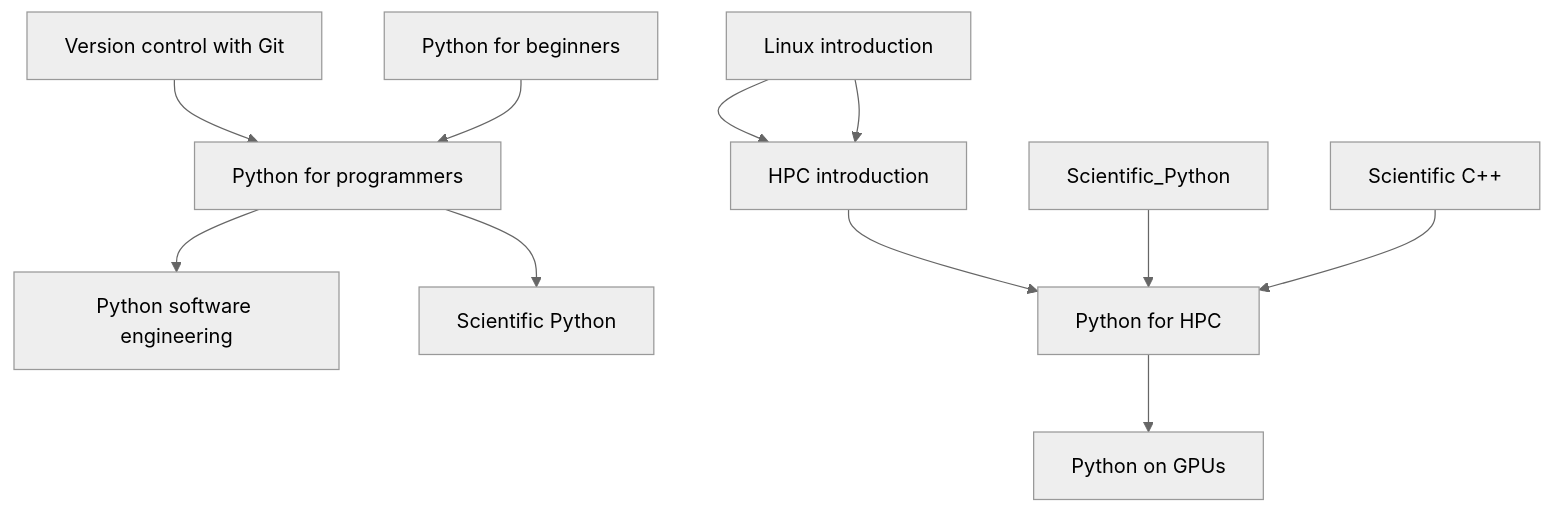
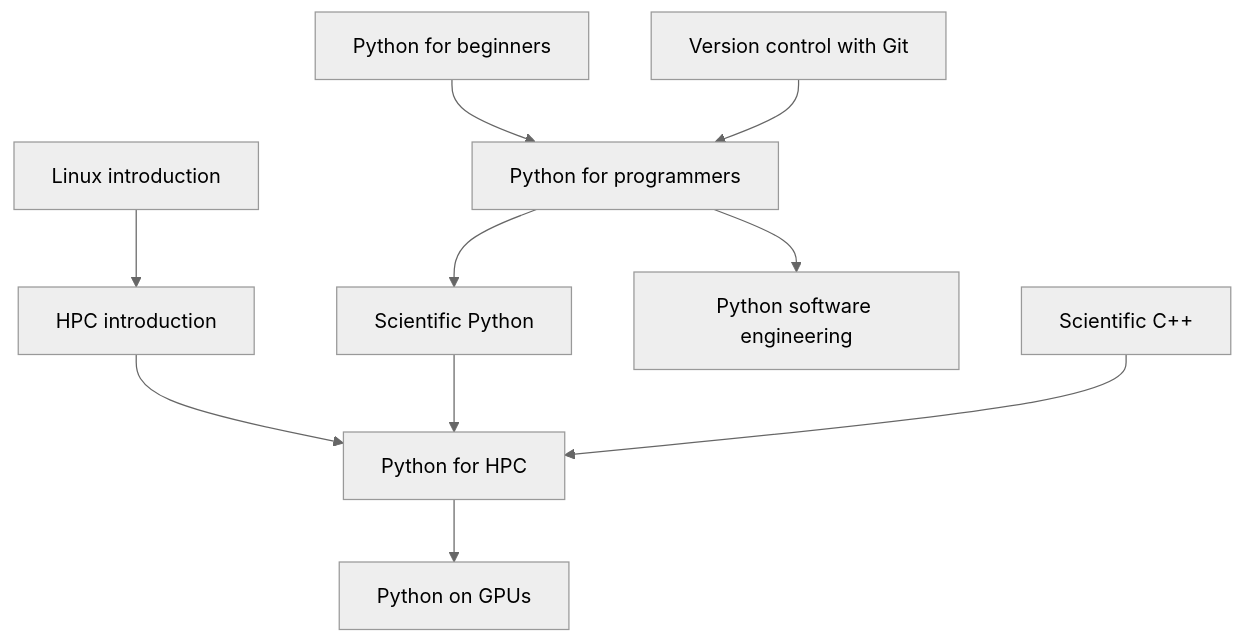
Before and after one commit to gjbex/Training-sessions: the diagram in docs/learning_path_developing_python_hpc_applications.md, drawn with Mermaid (neutral theme).

Commit message:
Fix links between trainings

````diff
--- a/docs/learning_path_developing_python_hpc_applications.md
+++ b/docs/learning_path_developing_python_hpc_applications.md
@@ -7,23 +7,22 @@
 ```mermaid
 graph TD
   Python_for_beginners[Python for beginners] --> Python_for_programmers[Python for programmers]
   Version_control_with_git[Version control with Git] --> Python_for_programmers
   Linux_intro[Linux introduction] --> HPC_intro[HPC introduction]
-  Python_for_programmers --> Scientific_python[Scientific Python]
-  Linux_intro[Linux introduction] --> HPC_intro[HPC introduction]
+  Python_for_programmers --> Scientific_Python[Scientific Python]
   HPC_intro --> Python_for_HPC[Python for HPC]
   Python_for_programmers --> Python_software_engineering[Python software engineering]
   Scientific_Python --> Python_for_HPC[Python for HPC]
   Scientific_Cpp[Scientific C++] --> Python_for_HPC
   Python_for_HPC --> Python_on_GPUs[Python on GPUs]
   click Version_control_with_git "https://gjbex.github.io/Version-control-with-git" "Version control with Git"
   click Linux_intro "https://gjbex.github.io/Training-sessions/linux_intro" "Linux introduction"
   click HPC_intro "https://gjbex.github.io/Training-sessions/hpc_intro" "HPC introduction"
   click Python_for_beginners "https://gjbex.github.io/Python-for-beginners/" "Python for beginners"
   click Python_for_programmers "https://gjbex.github.io/Python-for-programmers/" "Python for programmers"
   click Python_software_engineering "https://gjbex.github.io/Python-software-engineering/" "Python software engineering"
   click Scientific_Python "https://gjbex.github.io/Scientific-Python/" "Scientific Python"
   click Python_for_HPC "https://gjbex.github.io/Python-for-HPC/" "Python for HPC"
   click Scientific_Cpp "https://gjbex.github.io/Scientific-C-plus-plus/" "Scientific C++"
   click Python_on_GPUs "https://gjbex.github.io/Python-on-GPUs/" "Python on GPUs"
 ```
````
